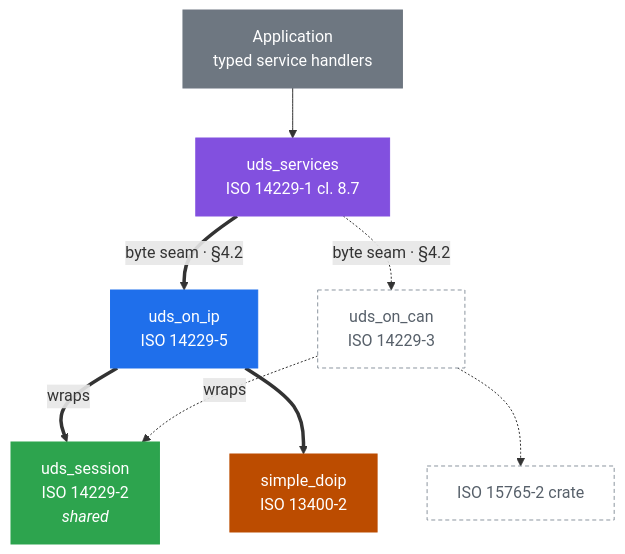
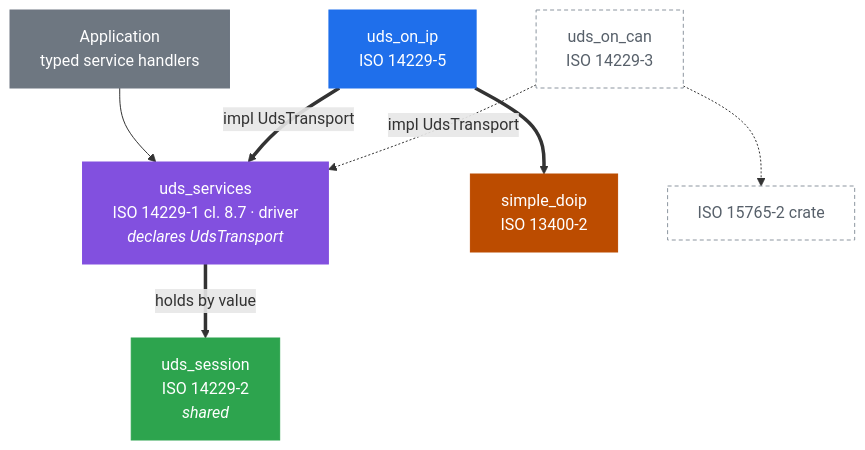
The fourth of 4 diagrams in crates/uds_on_ip/ARCHITECTURE.md (luminartech/uds_stack), drawn with Mermaid before and after one commit. The commit also changed other lines of this file, not shown here.

````diff
--- a/crates/uds_on_ip/ARCHITECTURE.md
+++ b/crates/uds_on_ip/ARCHITECTURE.md
@@ -512,31 +641,30 @@
 ```mermaid
 flowchart TB
     APP["Application<br/>typed service handlers"]
-    USVC["uds_services<br/>ISO 14229-1 cl. 8.7"]
+    USVC["uds_services<br/>ISO 14229-1 cl. 8.7 · driver<br/><i>declares UdsTransport</i>"]
+    US["uds_session<br/>ISO 14229-2<br/><i>shared</i>"]
     UOI["uds_on_ip<br/>ISO 14229-5"]
     UOC["uds_on_can<br/>ISO 14229-3"]
-    US["uds_session<br/>ISO 14229-2<br/><i>shared</i>"]
     SD["simple_doip<br/>ISO 13400-2"]
     CAN["ISO 15765-2 crate"]
 
     APP --> USVC
-    USVC ==>|"byte seam · §4.2"| UOI
-    USVC -.->|"byte seam · §4.2"| UOC
-    UOI ==>|"wraps"| US
-    UOC -.->|"wraps"| US
+    USVC ==>|"holds by value"| US
+    UOI ==>|"impl UdsTransport"| USVC
+    UOC -.->|"impl UdsTransport"| USVC
     UOI ==> SD
     UOC -.-> CAN
 
     classDef onip fill:#1f6feb,color:#ffffff,stroke:#1f6feb
     classDef sess fill:#2da44e,color:#ffffff,stroke:#2da44e
     classDef doip fill:#bc4c00,color:#ffffff,stroke:#bc4c00
     classDef svc fill:#8250df,color:#ffffff,stroke:#8250df
     classDef future fill:#ffffff,color:#57606a,stroke:#8c959f,stroke-dasharray:4 3
     classDef plain fill:#6e7781,color:#ffffff,stroke:#6e7781
     class UOI onip
     class US sess
     class SD doip
     class USVC svc
     class UOC,CAN future
     class APP plain
 ```
````
